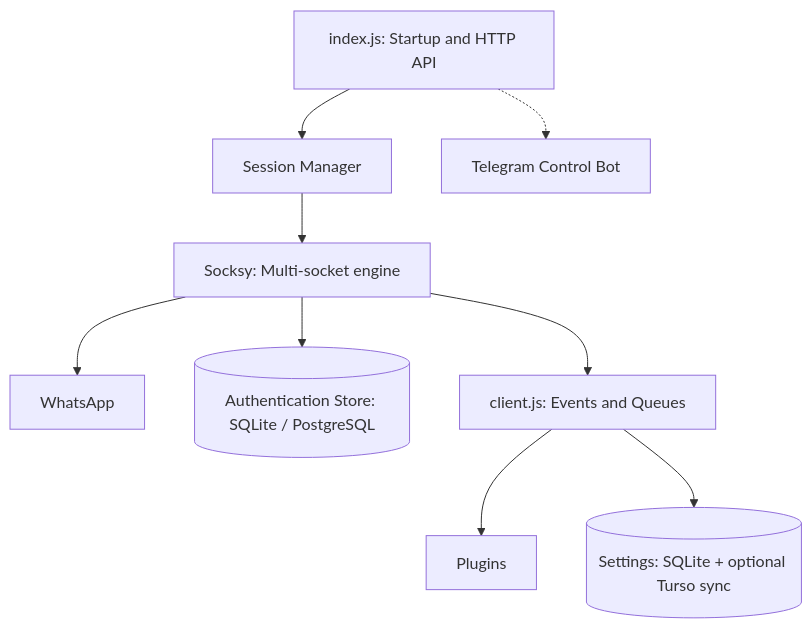
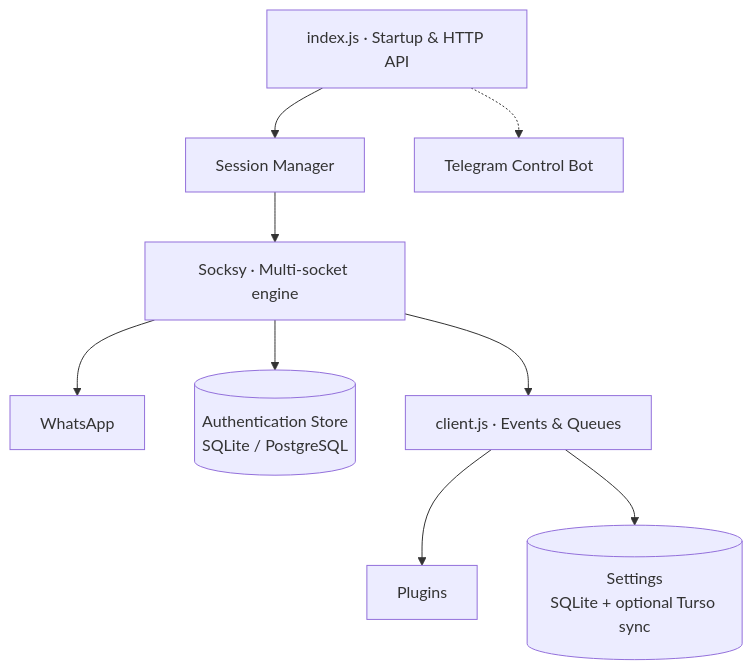
The diagram in README.md (RAHIOFFCIALS506/RAHIXMD), drawn with Mermaid before and after one commit. The commit also changed other lines of this file, not shown here.

````diff
--- a/README.md
+++ b/README.md
@@ -122,11 +122,11 @@
 ```mermaid
 flowchart TD
-  A["index.js: Startup and HTTP API"] --> B["Session Manager"]
-  B --> C["Socksy: Multi-socket engine"]
+  A["index.js · Startup & HTTP API"] --> B["Session Manager"]
+  B --> C["Socksy · Multi-socket engine"]
   C --> D["WhatsApp"]
-  C --> E[("Authentication Store: SQLite / PostgreSQL")]
-  C --> F["client.js: Events and Queues"]
+  C --> E[("Authentication Store<br/>SQLite / PostgreSQL")]
+  C --> F["client.js · Events & Queues"]
   F --> G["Plugins"]
-  F --> H[("Settings: SQLite + optional Turso sync")]
+  F --> H[("Settings<br/>SQLite + optional Turso sync")]
   A -.-> I["Telegram Control Bot"]
 ```
````
